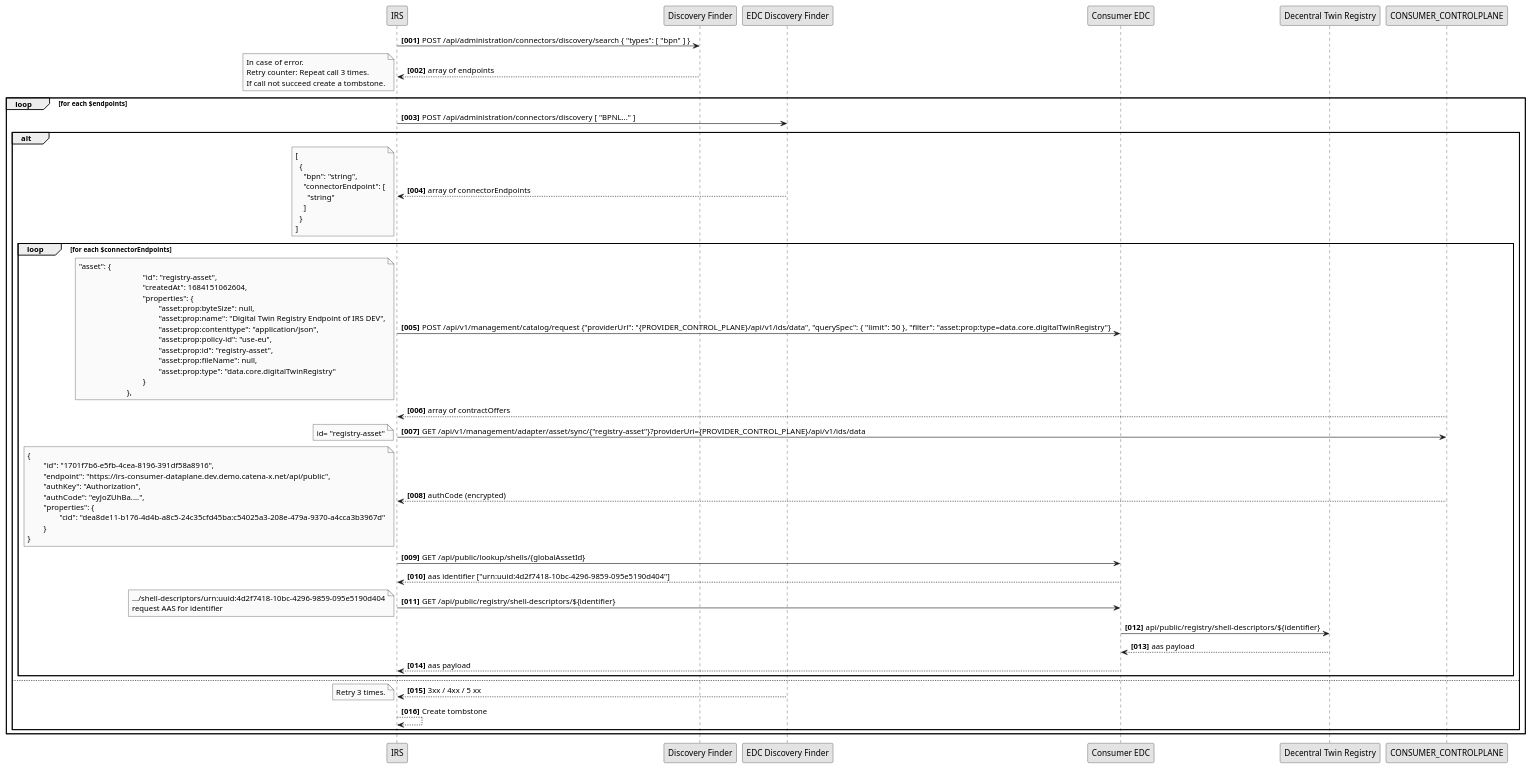
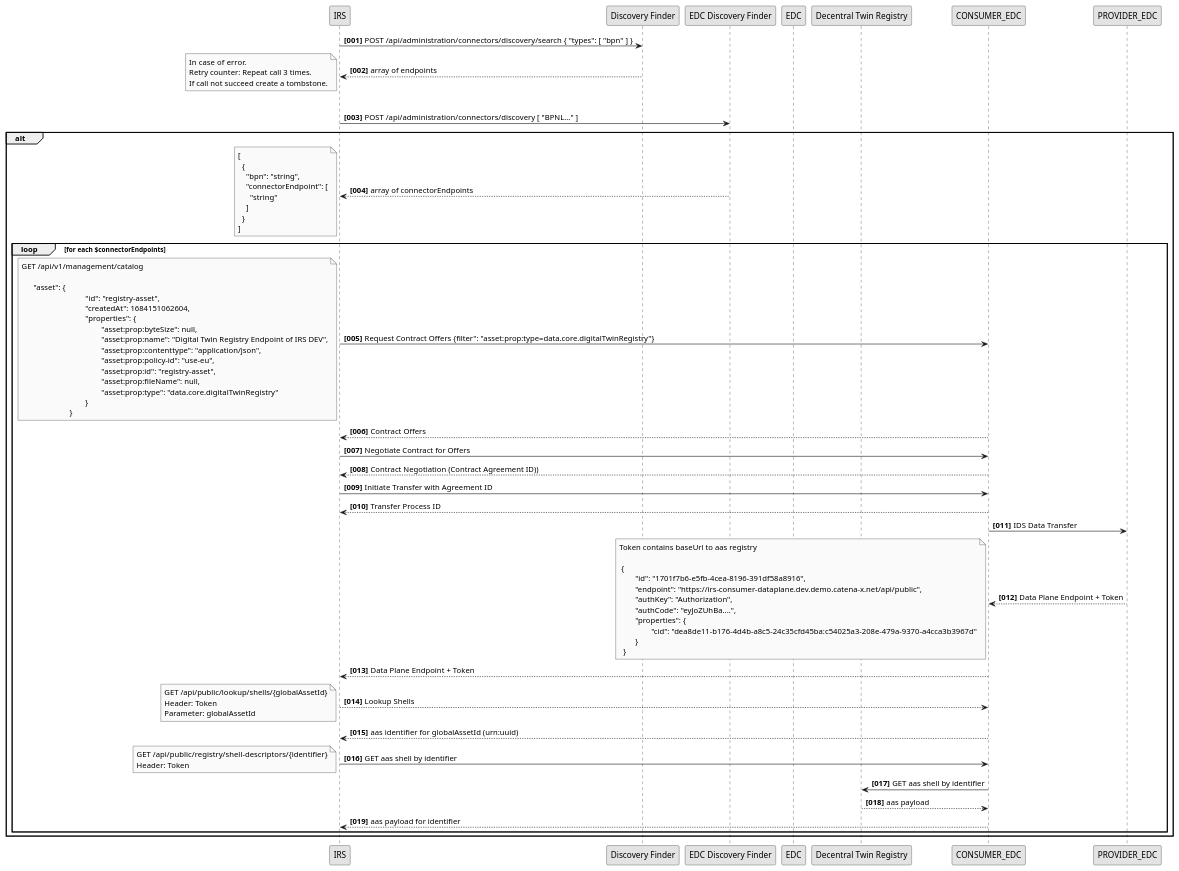
One commit to eclipse-tractusx/item-relationship-service changed the diagram in uml-diagrams/decentral-twin-registry/decentral-digital-registry.puml. Above: the diagram before and after it, drawn with PlantUML. The commit also changed 1 other file, not shown here.

Commit message:
chore(uml):[TRI-1241] update according to IRS EDC flow

```diff
--- a/uml-diagrams/decentral-twin-registry/decentral-digital-registry.puml
+++ b/uml-diagrams/decentral-twin-registry/decentral-digital-registry.puml
@@ -1,98 +1,95 @@
 @startuml
 skinparam monochrome true
 skinparam shadowing false
 
 
 autonumber "<b>[000]"
 
 participant "IRS" as IRS
 participant "Discovery Finder" as DCF
 participant "EDC Discovery Finder" as EDCDF
-participant "Consumer EDC" as CONSUMER_EDC
+participant "EDC" as EDC
 participant "Decentral Twin Registry" as DTR
 
 IRS -> DCF: POST /api/administration/connectors/discovery/search { "types": [ "bpn" ] }
 IRS <-- DCF: array of endpoints
 note left
     In case of error.
     Retry counter: Repeat call 3 times.
     If call not succeed create a tombstone.
 end note
 loop for each $endpoints
     IRS -> EDCDF : POST /api/administration/connectors/discovery [ "BPNL..." ]
     alt
          IRS <-- EDCDF : array of connectorEndpoints
          note left
                  [
                    {
                      "bpn": "string",
                      "connectorEndpoint": [
                        "string"
                      ]
                    }
                  ]
          end note
-         loop for each $connectorEndpoints
-             IRS -> CONSUMER_EDC: POST /api/v1/management/catalog/request {"providerUrl": "{PROVIDER_CONTROL_PLANE}/api/v1/ids/data", "querySpec": { "limit": 50 }, "filter": "asset:prop:type=data.core.digitalTwinRegistry"}
-             note left
-                "asset": {
-                				"id": "registry-asset",
-                				"createdAt": 1684151062604,
-                				"properties": {
-                					"asset:prop:byteSize": null,
-                					"asset:prop:name": "Digital Twin Registry Endpoint of IRS DEV",
-                					"asset:prop:contenttype": "application/json",
-                					"asset:prop:policy-id": "use-eu",
-                					"asset:prop:id": "registry-asset",
-                					"asset:prop:fileName": null,
-                					"asset:prop:type": "data.core.digitalTwinRegistry"
-                				}
-                			},
-             end note
-             IRS <-- CONSUMER_CONTROLPLANE: array of contractOffers
+           loop for each $connectorEndpoints
+                      IRS -> CONSUMER_EDC: Request Contract Offers {filter": "asset:prop:type=data.core.digitalTwinRegistry"}
+                                note left
+                                GET /api/v1/management/catalog
 
-             IRS -> CONSUMER_CONTROLPLANE: GET /api/v1/management/adapter/asset/sync/{"registry-asset"}?providerUrl={PROVIDER_CONTROL_PLANE}/api/v1/ids/data
-             note left
-                id= "registry-asset"
-             end note
-             IRS <-- CONSUMER_CONTROLPLANE: authCode (encrypted)
-             note left
-                 {
-                 	"id": "1701f7b6-e5fb-4cea-8196-391df58a8916",
-                 	"endpoint": "https://irs-consumer-dataplane.dev.demo.catena-x.net/api/public",
-                 	"authKey": "Authorization",
-                 	"authCode": "eyJoZUhBa....",
-                 	"properties": {
-                 		"cid": "dea8de11-b176-4d4b-a8c5-24c35cfd45ba:c54025a3-208e-479a-9370-a4cca3b3967d"
-                 	}
-                 }
-             end note
-             IRS -> CONSUMER_EDC: GET /api/public/lookup/shells/{globalAssetId}
-             IRS <-- CONSUMER_EDC: aas identifier ["urn:uuid:4d2f7418-10bc-4296-9859-095e5190d404"]
+                                      "asset": {
+                                      				"id": "registry-asset",
+                                      				"createdAt": 1684151062604,
+                                      				"properties": {
+                                      					"asset:prop:byteSize": null,
+                                      					"asset:prop:name": "Digital Twin Registry Endpoint of IRS DEV",
+                                      					"asset:prop:contenttype": "application/json",
+                                      					"asset:prop:policy-id": "use-eu",
+                                      					"asset:prop:id": "registry-asset",
+                                      					"asset:prop:fileName": null,
+                                      					"asset:prop:type": "data.core.digitalTwinRegistry"
+                                      				}
+                                      			}
+                      end note
+                      IRS <-- CONSUMER_EDC: Contract Offers
+                      IRS -> CONSUMER_EDC: Negotiate Contract for Offers
+                      IRS <-- CONSUMER_EDC: Contract Negotiation (Contract Agreement ID))
+                      IRS -> CONSUMER_EDC: Initiate Transfer with Agreement ID
+                      IRS <-- CONSUMER_EDC: Transfer Process ID
+                      CONSUMER_EDC -> PROVIDER_EDC: IDS Data Transfer
+                      CONSUMER_EDC <-- PROVIDER_EDC: Data Plane Endpoint + Token
+                      note left
+                           Token contains baseUrl to aas registry
 
-             IRS -> CONSUMER_EDC : GET /api/public/registry/shell-descriptors/${identifier}
-             note left
-                  .../shell-descriptors/urn:uuid:4d2f7418-10bc-4296-9859-095e5190d404
-                  request AAS for identifier
-             end note
-             CONSUMER_EDC -> DTR : api/public/registry/shell-descriptors/${identifier}
-             CONSUMER_EDC <-- DTR: aas payload
-             IRS <-- CONSUMER_EDC: aas payload
-         end loop
-    else
-          IRS <-- EDCDF : 3xx / 4xx / 5 xx
-          note left
-                Retry 3 times.
-          end note
-          IRS --> IRS : Create tombstone
-    end alt
+                            {
+                             	"id": "1701f7b6-e5fb-4cea-8196-391df58a8916",
+                             	"endpoint": "https://irs-consumer-dataplane.dev.demo.catena-x.net/api/public",
+                             	"authKey": "Authorization",
+                             	"authCode": "eyJoZUhBa....",
+                             	"properties": {
+                             		"cid": "dea8de11-b176-4d4b-a8c5-24c35cfd45ba:c54025a3-208e-479a-9370-a4cca3b3967d"
+                             	}
+                             }
+                      end note
+                      IRS <-- CONSUMER_EDC : Data Plane Endpoint + Token
+                      IRS --> CONSUMER_EDC: Lookup Shells
+                      note left
+                         GET /api/public/lookup/shells/{globalAssetId}
+                         Header: Token
+                         Parameter: globalAssetId
+                      end note
+                      IRS <-- CONSUMER_EDC: aas identifier for globalAssetId (urn:uuid)
+                      IRS -> CONSUMER_EDC: GET aas shell by identifier
+                      note left
+                         GET  /api/public/registry/shell-descriptors/{identifier}
+                         Header: Token
+                      end note
+                     CONSUMER_EDC -> DTR : GET aas shell by identifier
+                     CONSUMER_EDC <-- DTR: aas payload
+                     IRS <-- CONSUMER_EDC: aas payload for identifier
 
+                  end loop
 
 end loop
 
-
-
-
-
-
 @enduml
```
